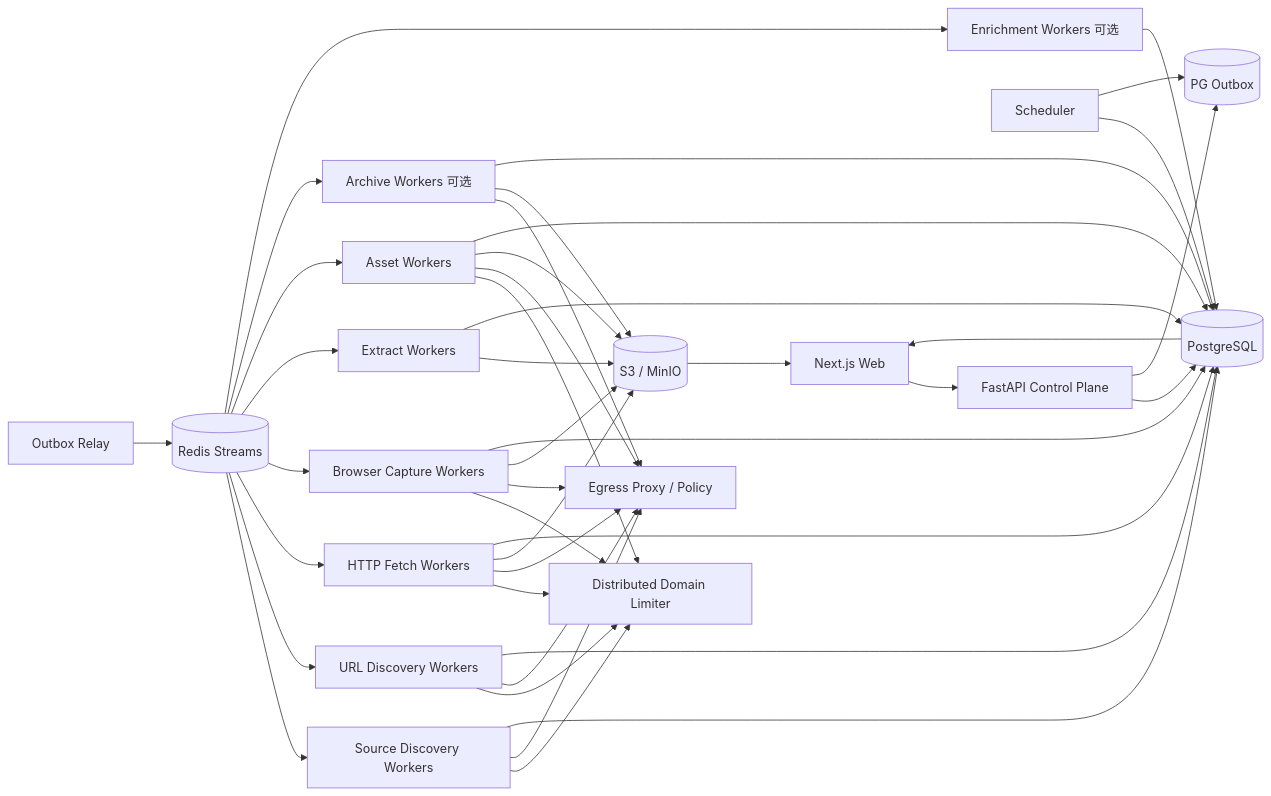
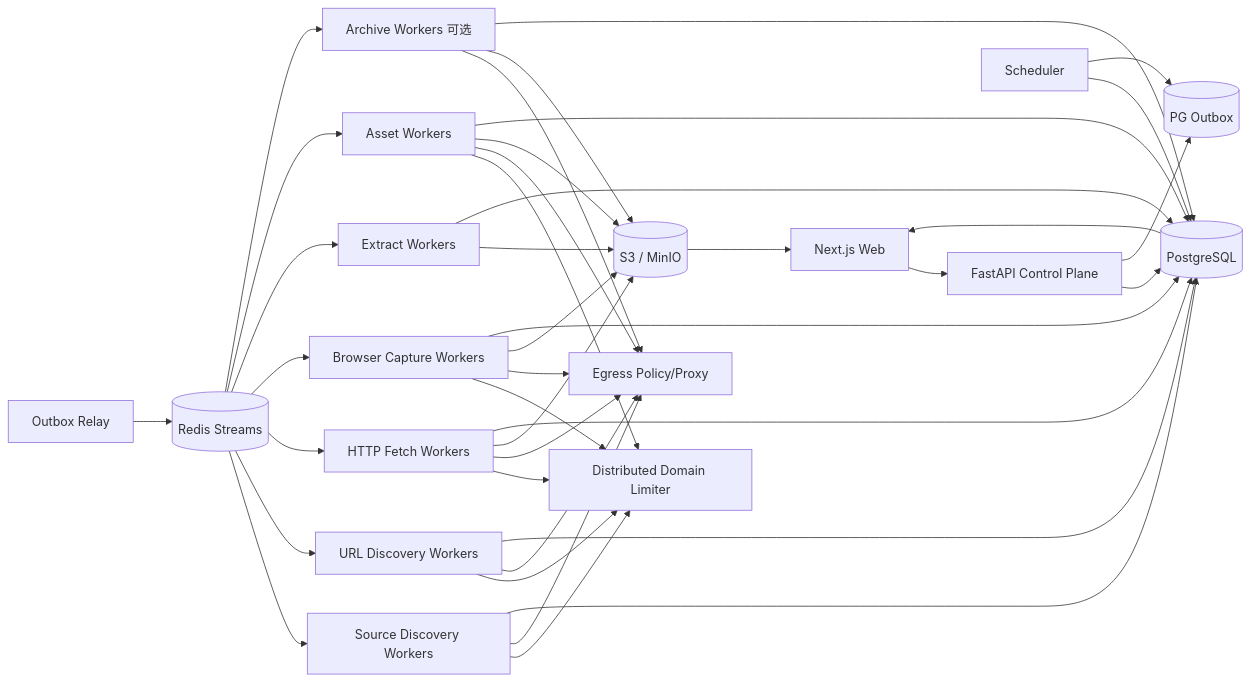
Before and after one commit to WorkerXu/my-doc: the diagram in 博客知识库技术方案.md, drawn with Mermaid. The commit also changed other lines of this file, not shown here.

````diff
--- a/博客知识库技术方案.md
+++ b/博客知识库技术方案.md
@@ -59,49 +57,47 @@
 ```mermaid
 flowchart LR
     UI[Next.js Web] --> API[FastAPI Control Plane]
     API --> PG[(PostgreSQL)]
     API --> OUT[(PG Outbox)]
     SCHED[Scheduler] --> PG
     SCHED --> OUT
     RELAY[Outbox Relay] --> REDIS[(Redis Streams)]
 
     REDIS --> SD[Source Discovery Workers]
     REDIS --> UD[URL Discovery Workers]
     REDIS --> HF[HTTP Fetch Workers]
     REDIS --> BF[Browser Capture Workers]
     REDIS --> EX[Extract Workers]
-    REDIS --> ASSET[Asset Workers]
-    REDIS --> ARCH[Archive Workers 可选]
-    REDIS --> EN[Enrichment Workers 可选]
+    REDIS --> AS[Asset Workers]
+    REDIS --> AR[Archive Workers 可选]
 
-    SD --> DLIM[Distributed Domain Limiter]
-    UD --> DLIM
-    HF --> DLIM
-    BF --> DLIM
-    ASSET --> DLIM
+    SD --> LIM[Distributed Domain Limiter]
+    UD --> LIM
+    HF --> LIM
+    BF --> LIM
+    AS --> LIM
 
-    SD --> EGRESS[Egress Proxy / Policy]
-    UD --> EGRESS
-    HF --> EGRESS
-    BF --> EGRESS
-    ASSET --> EGRESS
-    ARCH --> EGRESS
+    SD --> EG[Egress Policy/Proxy]
+    UD --> EG
+    HF --> EG
+    BF --> EG
+    AS --> EG
+    AR --> EG
 
     HF --> S3[(S3 / MinIO)]
     BF --> S3
     EX --> S3
-    ASSET --> S3
-    ARCH --> S3
+    AS --> S3
+    AR --> S3
 
     SD --> PG
     UD --> PG
     HF --> PG
     BF --> PG
     EX --> PG
-    ASSET --> PG
-    ARCH --> PG
-    EN --> PG
+    AS --> PG
+    AR --> PG
 
     PG --> UI
     S3 --> UI
 ```
````
